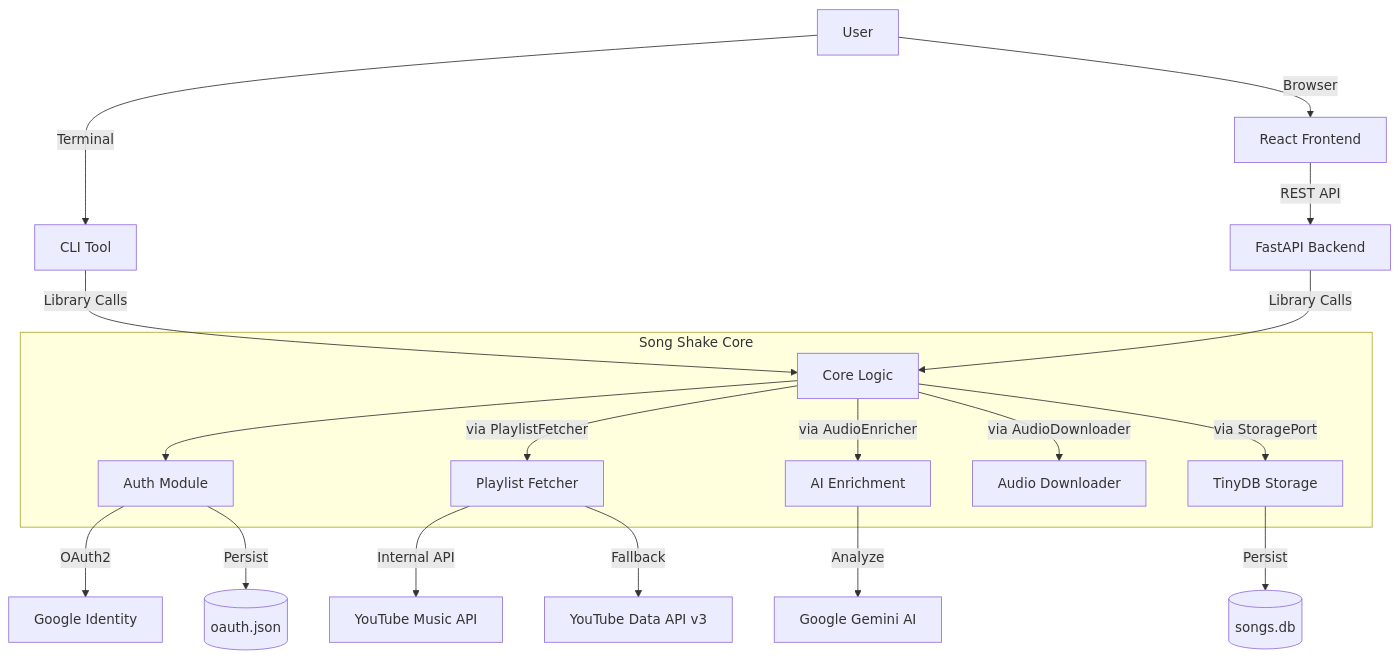
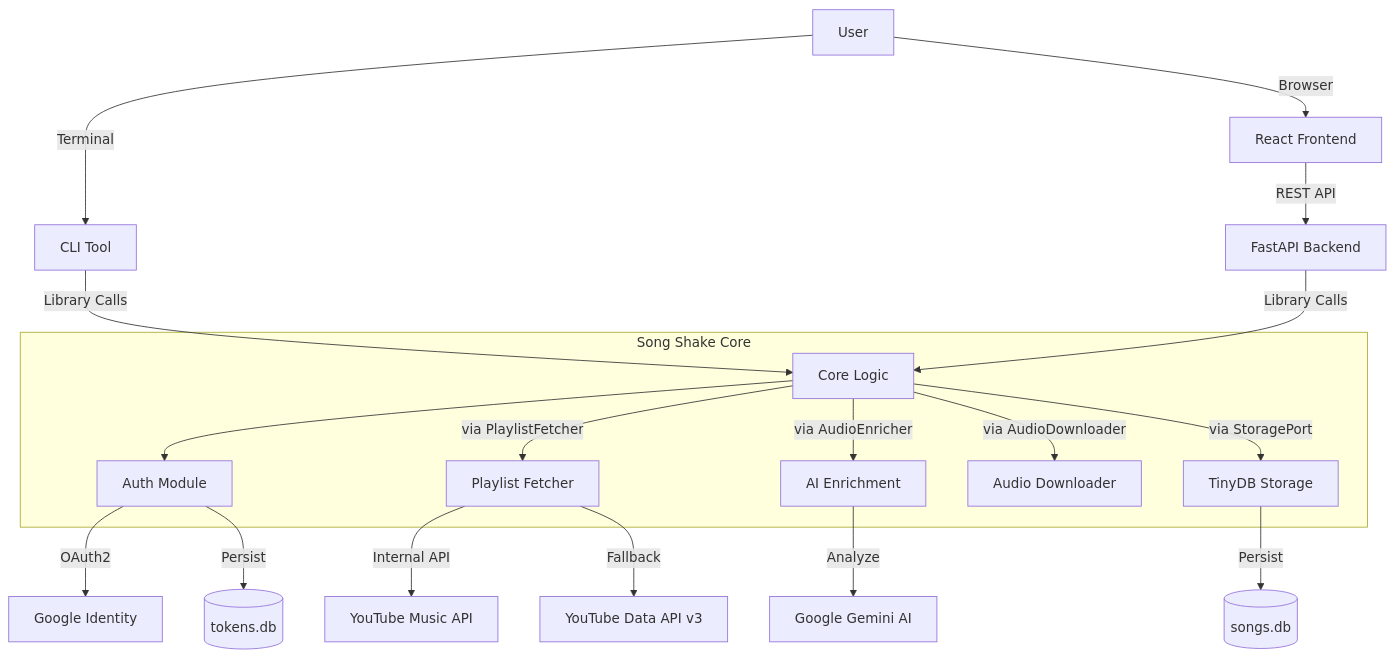
One commit to amura2406/songshake changed the second of 2 diagrams in README.md. Above: the diagram before and after it, drawn with Mermaid. The commit also changed other lines of this file and 29 other files, not shown here.

First line of the commit message:
feat(auth): overhaul auth layer with JWT sessions and per-user token storage

````diff
--- a/README.md
+++ b/README.md
@@ -144,25 +144,25 @@
 ```mermaid
 graph TD
     User[User] -->|Browser| Frontend[React Frontend]
     User -->|Terminal| CLI[CLI Tool]
     
     Frontend -->|REST API| Backend[FastAPI Backend]
     CLI -->|Library Calls| Core[Core Logic]
     Backend -->|Library Calls| Core
     
     subgraph "Song Shake Core"
         Core --> Auth[Auth Module]
         Core -->|via PlaylistFetcher| Playlist[Playlist Fetcher]
         Core -->|via AudioEnricher| Enrichment[AI Enrichment]
         Core -->|via AudioDownloader| Download[Audio Downloader]
         Core -->|via StoragePort| Storage[TinyDB Storage]
     end
     
     Auth -->|OAuth2| Google[Google Identity]
     Playlist -->|Internal API| YTMusic[YouTube Music API]
     Playlist -->|Fallback| DataAPI[YouTube Data API v3]
     Enrichment -->|Analyze| Gemini[Google Gemini AI]
     
     Storage -->|Persist| DB[(songs.db)]
-    Auth -->|Persist| Token[(oauth.json)]
+    Auth -->|Persist| TokenDB[(tokens.db)]
 ```
````
